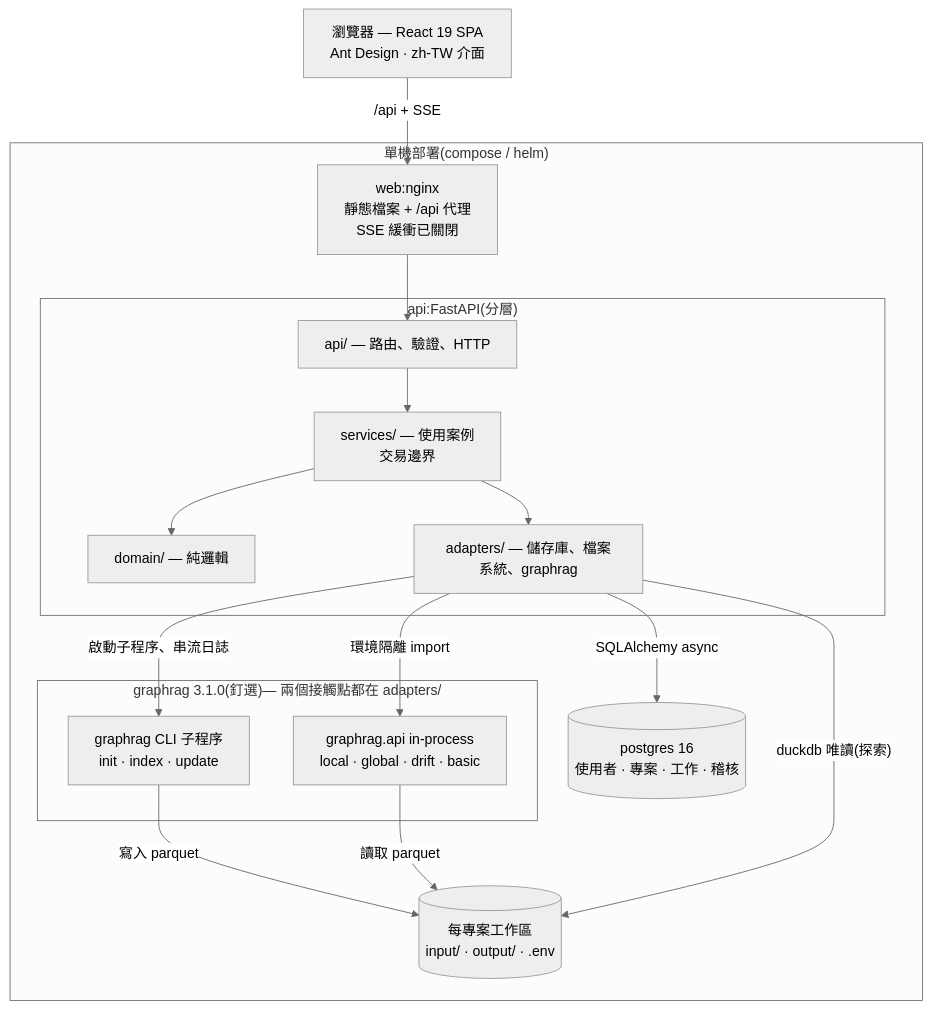
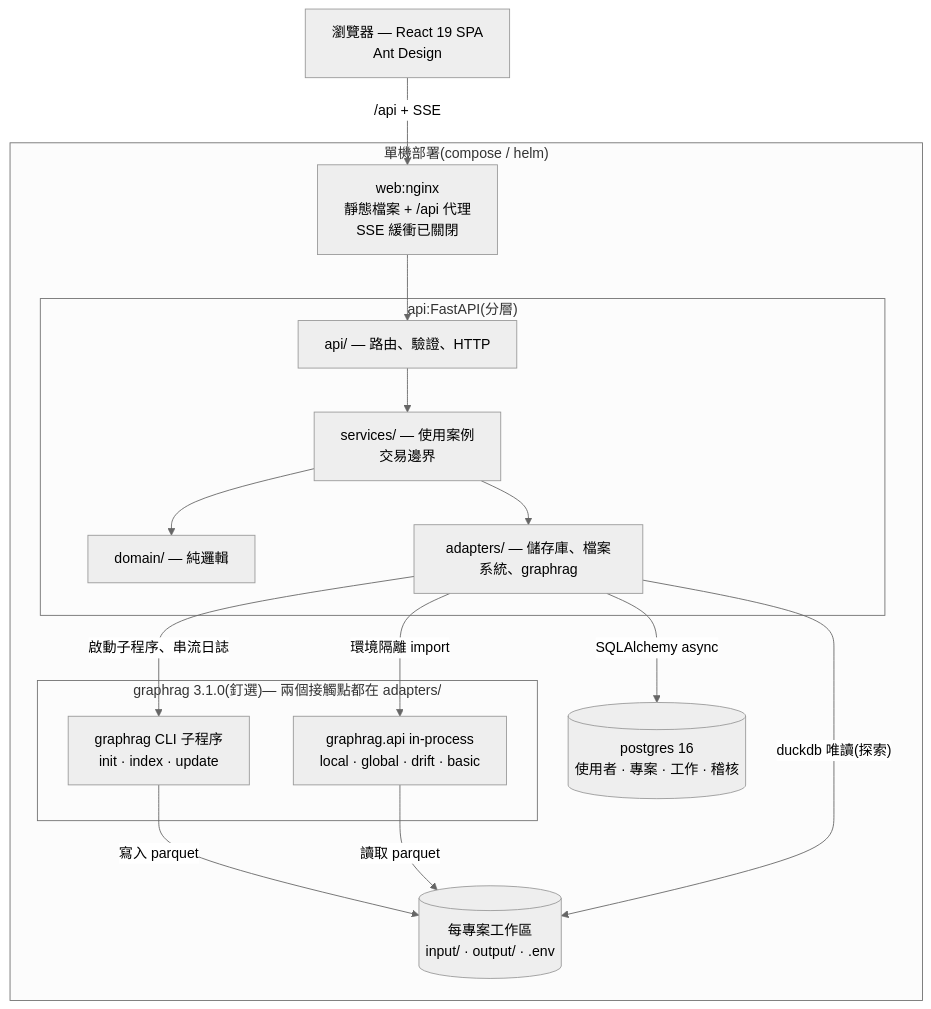
Before and after one commit to kehao-playground/graphrag-web-ui: the first of 3 diagrams in docs/zh-TW/README.md, drawn with Mermaid (neutral theme). The commit also changed other lines of this file and 1 other file, not shown here.

Commit message:
docs(readme): drop the zh-TW emphasis from the frontend description
The app ships a language dropdown and the READMEs now show both locales'
screenshots, so 'zh-TW interface text' was both over-emphasized and
outdated. The architecture bullet states the bilingual interface once
(zh-TW/English); the component diagram node just says Ant Design.
NOTES.txt's install-time quickstart stays described as zh-TW — that is
a statement about a file, not the UI.

````diff
--- a/docs/zh-TW/README.md
+++ b/docs/zh-TW/README.md
@@ -36,25 +36,25 @@
 ```mermaid
 graph TB
-    B["瀏覽器 — React 19 SPA<br/>Ant Design · zh-TW 介面"] -->|"/api + SSE"| N
+    B["瀏覽器 — React 19 SPA<br/>Ant Design"] -->|"/api + SSE"| N
     subgraph stack["單機部署(compose / helm)"]
         N["web:nginx<br/>靜態檔案 + /api 代理<br/>SSE 緩衝已關閉"]
         subgraph API["api:FastAPI(分層)"]
             L1["api/ — 路由、驗證、HTTP"] --> L2["services/ — 使用案例<br/>交易邊界"]
             L2 --> L3["domain/ — 純邏輯"]
             L2 --> L4["adapters/ — 儲存庫、檔案系統、graphrag"]
         end
         PG[("postgres 16<br/>使用者 · 專案 · 工作 · 稽核")]
         subgraph GR["graphrag 3.1.0(釘選)— 兩個接觸點都在 adapters/"]
             CLI["graphrag CLI 子程序<br/>init · index · update"]
             LIB["graphrag.api in-process<br/>local · global · drift · basic"]
         end
         WS[("每專案工作區<br/>input/ · output/ · .env")]
     end
     N --> L1
     L4 -->|"SQLAlchemy async"| PG
     L4 -->|"啟動子程序、串流日誌"| CLI
     L4 -->|"環境隔離 import"| LIB
     CLI -->|"寫入 parquet"| WS
     LIB -->|"讀取 parquet"| WS
     L4 -->|"duckdb 唯讀(探索)"| WS
 ```
````
